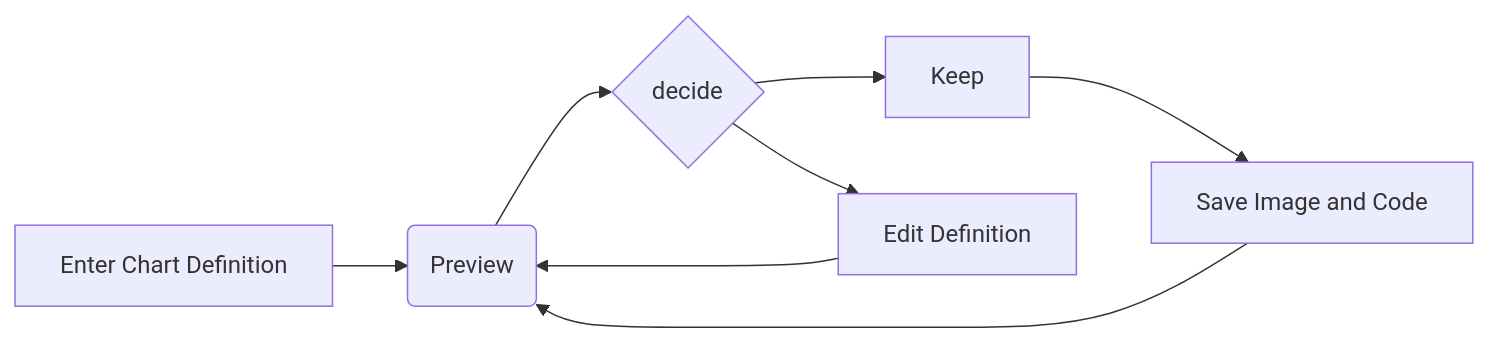
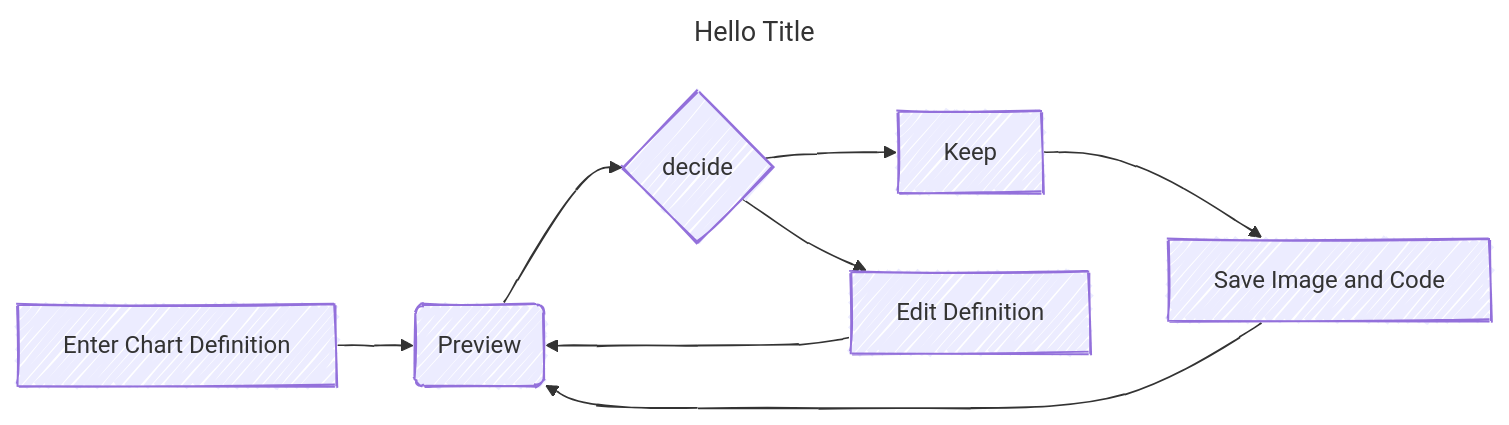
Before and after one commit to fps4/web-faridgurbanov: the diagram in content/en/products/unified-behavioral-telemetry.md, drawn with Mermaid. The commit also changed 5 other files, not shown here.

````diff
--- a/content/en/products/unified-behavioral-telemetry.md
+++ b/content/en/products/unified-behavioral-telemetry.md
@@ -8,11 +8,16 @@
 ```mermaid
+---
+title: Hello Title
+config:
+  look: handDrawn
+---
 graph LR
     A[Enter Chart Definition] --> B(Preview)
     B --> C{decide}
     C --> D[Keep]
     C --> E[Edit Definition]
     E --> B
     D --> F[Save Image and Code]
     F --> B
 
 ```
````
